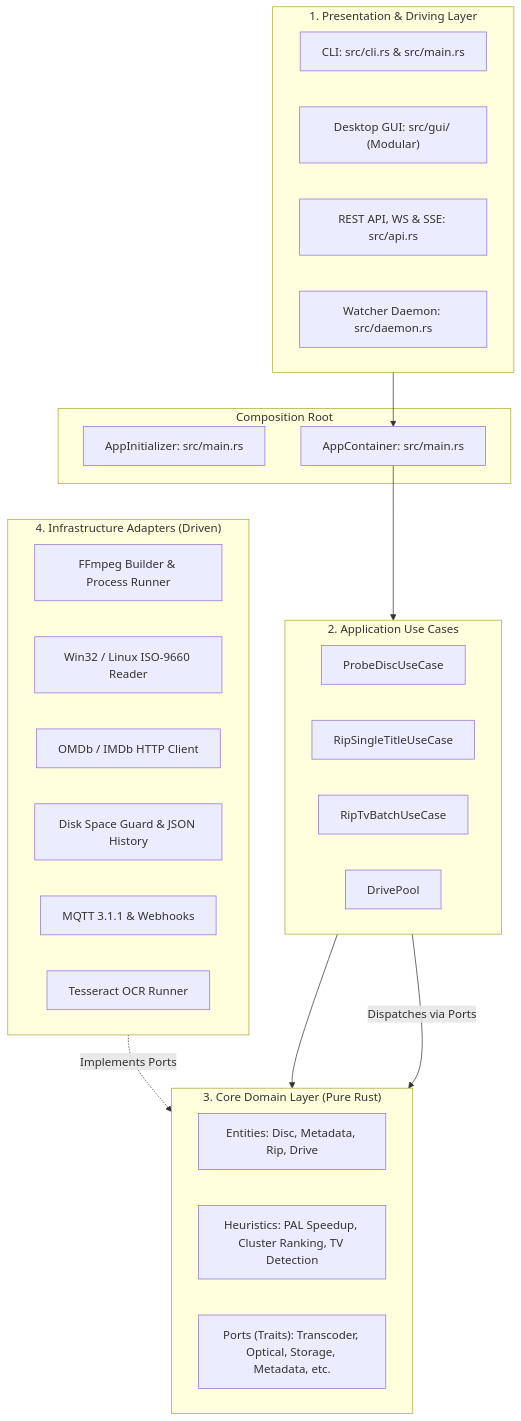
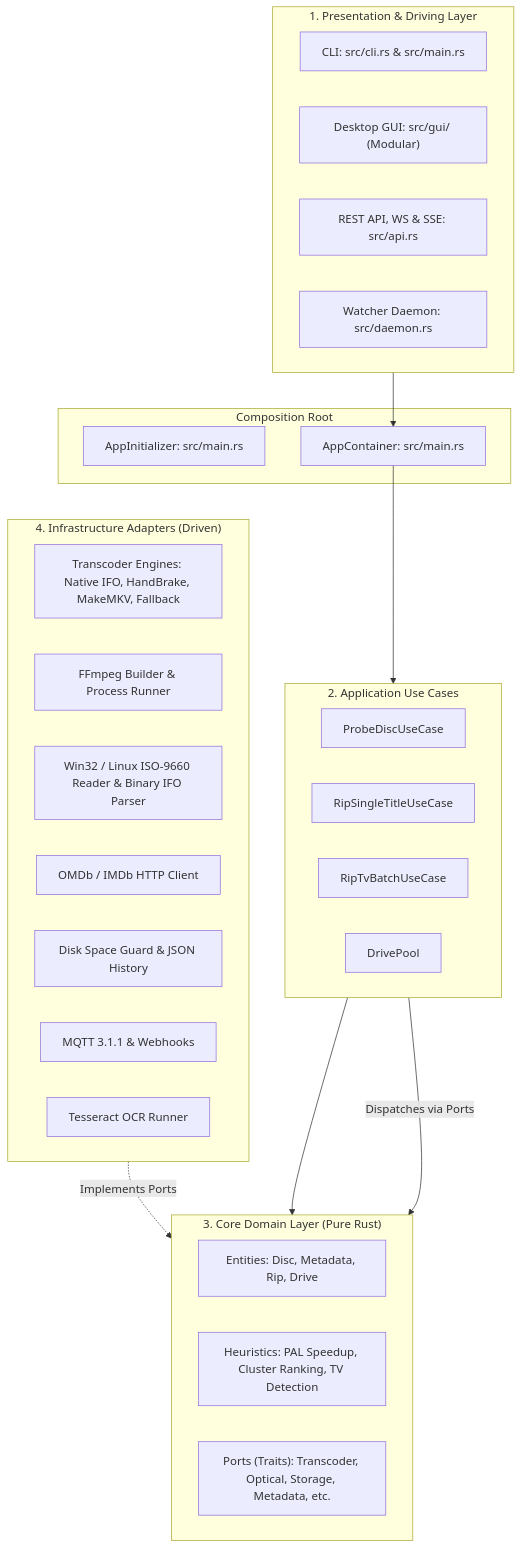
One commit to clockworkengineer/dvd-ripper changed the diagram in docs/ARCHITECTURE.md. Above: the diagram before and after it, drawn with Mermaid. The commit also changed other lines of this file and 9 other files, not shown here.

````diff
--- a/docs/ARCHITECTURE.md
+++ b/docs/ARCHITECTURE.md
@@ -24,42 +24,43 @@
 ```mermaid
 graph TD
     subgraph UI_and_Presentation ["1. Presentation & Driving Layer"]
         CLI["CLI: src/cli.rs & src/main.rs"]
         GUI["Desktop GUI: src/gui/ (Modular)"]
         API["REST API, WS & SSE: src/api.rs"]
         Daemon["Watcher Daemon: src/daemon.rs"]
     end
 
     subgraph Composition_Root ["Composition Root"]
         AppInit["AppInitializer: src/main.rs"]
         AppContainer["AppContainer: src/main.rs"]
     end
 
     subgraph Application_Layer ["2. Application Use Cases"]
         ProbeDisc["ProbeDiscUseCase"]
         RipSingle["RipSingleTitleUseCase"]
         RipBatch["RipTvBatchUseCase"]
         DrivePool["DrivePool"]
     end
 
     subgraph Domain_Layer ["3. Core Domain Layer (Pure Rust)"]
         Entities["Entities: Disc, Metadata, Rip, Drive"]
         Heuristics["Heuristics: PAL Speedup, Cluster Ranking, TV Detection"]
         Ports["Ports (Traits): Transcoder, Optical, Storage, Metadata, etc."]
     end
 
     subgraph Infrastructure_Layer ["4. Infrastructure Adapters (Driven)"]
+        EnginesInfra["Transcoder Engines: Native IFO, HandBrake, MakeMKV, Fallback"]
         FFmpegInfra["FFmpeg Builder & Process Runner"]
-        OpticalInfra["Win32 / Linux ISO-9660 Reader"]
+        OpticalInfra["Win32 / Linux ISO-9660 Reader & Binary IFO Parser"]
         MetadataInfra["OMDb / IMDb HTTP Client"]
         StorageInfra["Disk Space Guard & JSON History"]
         NotifyInfra["MQTT 3.1.1 & Webhooks"]
         OCRInfra["Tesseract OCR Runner"]
     end
 
     UI_and_Presentation --> AppContainer
     AppContainer --> Application_Layer
     Application_Layer --> Domain_Layer
     Infrastructure_Layer -.->|Implements Ports| Domain_Layer
     Application_Layer -->|Dispatches via Ports| Domain_Layer
 ```
````
